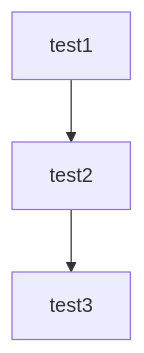
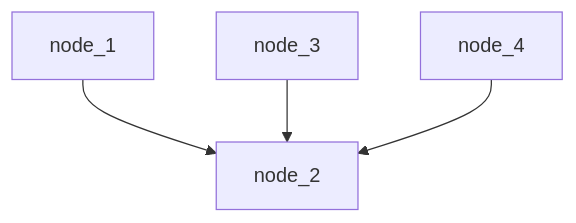
The diagram in README.md (florianhemery/test-readme), drawn with Mermaid before and after one commit. The commit also changed other lines of this file, not shown here.

````diff
--- a/README.md
+++ b/README.md
@@ -5,8 +33,10 @@
 ```mermaid
 flowchart TD
-  node0[test1]
-  node1[test2]
-  node2[test3]
+  node0[node_1]
+  node1[node_2]
+  node2[node_3]
+  node3[node_4]
   node0 --> node1
-  node1 --> node2
+  node2 --> node1
+  node3 --> node1
 ```
````
